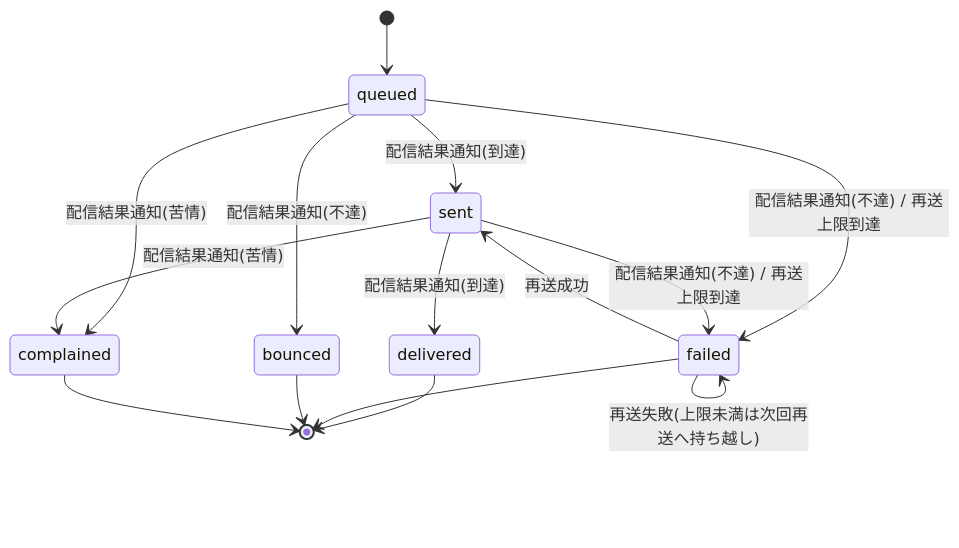
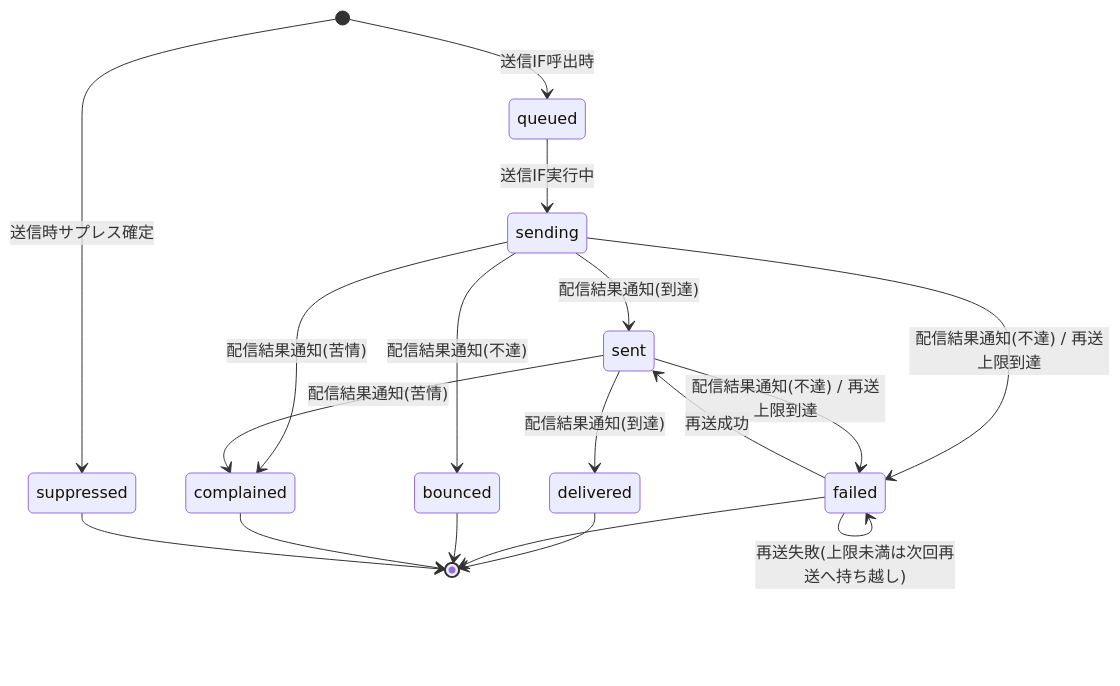
Before and after one commit to sikakou54/open-faq: the ninth of 10 diagrams in 02_basic_design/08_state-model.md, drawn with Mermaid. The commit also changed other lines of this file and 21 other files, not shown here.

````diff
--- a/02_basic_design/08_state-model.md
+++ b/02_basic_design/08_state-model.md
@@ -220,17 +226,20 @@
 ```mermaid
 stateDiagram-v2
-  [*] --> queued
-  queued --> sent: 配信結果通知(到達)
+  [*] --> queued: 送信IF呼出時
+  [*] --> suppressed: 送信時サプレス確定
+  queued --> sending: 送信IF実行中
+  sending --> sent: 配信結果通知(到達)
   sent --> delivered: 配信結果通知(到達)
-  queued --> failed: 配信結果通知(不達) / 再送上限到達
+  sending --> failed: 配信結果通知(不達) / 再送上限到達
   sent --> failed: 配信結果通知(不達) / 再送上限到達
-  queued --> bounced: 配信結果通知(不達)
-  queued --> complained: 配信結果通知(苦情)
+  sending --> bounced: 配信結果通知(不達)
+  sending --> complained: 配信結果通知(苦情)
   sent --> complained: 配信結果通知(苦情)
   failed --> sent: 再送成功
   failed --> failed: 再送失敗(上限未満は次回再送へ持ち越し)
   delivered --> [*]
   failed --> [*]
   bounced --> [*]
   complained --> [*]
+  suppressed --> [*]
 ```
````
